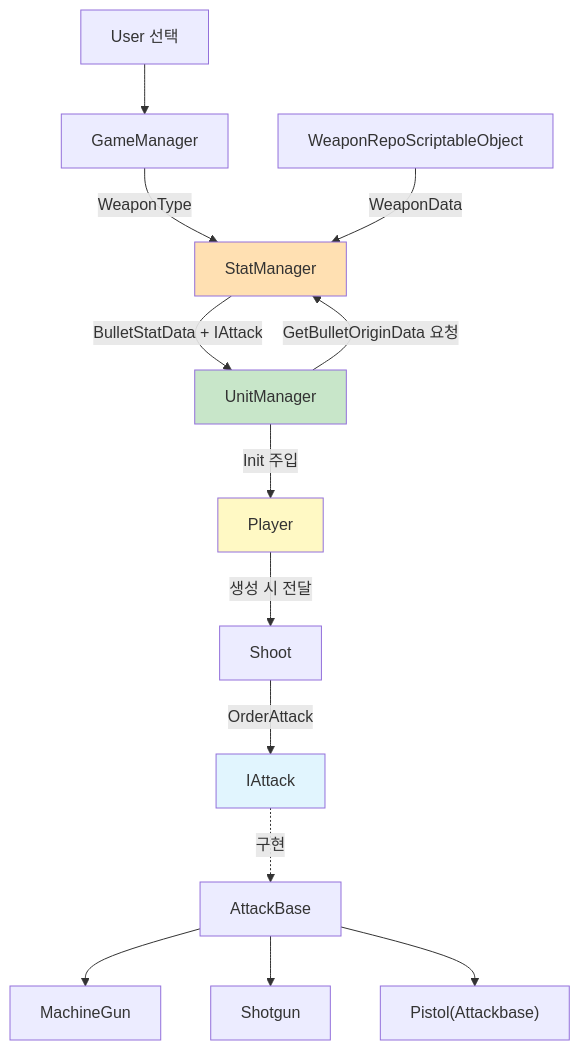
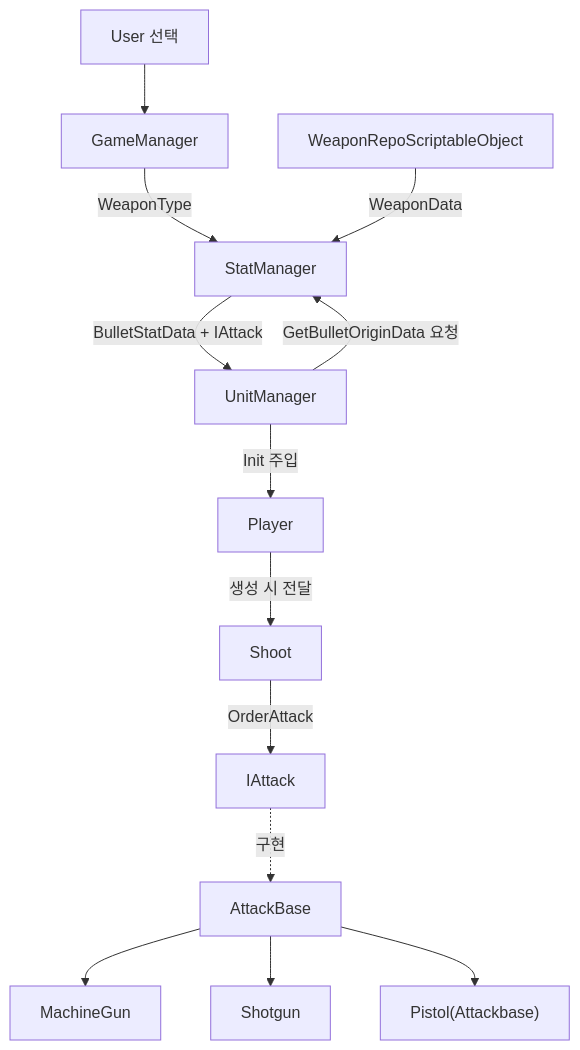
The third of 6 diagrams in README.md (Merkatte/2D_Topdown_Shoot_UnityProject), drawn with Mermaid before and after one commit. The commit also changed other lines of this file, not shown here.

````diff
--- a/README.md
+++ b/README.md
@@ -234,25 +230,21 @@
 ```mermaid
 flowchart TD
     User[User 선택] --> GM[GameManager]
     GM --> |WeaponType|SM[StatManager]
     
     WR[WeaponRepoScriptableObject] --> |WeaponData|SM
     
     UM[UnitManager] --> |GetBulletOriginData 요청|SM
     SM --> |BulletStatData + IAttack|UM
     
     UM --> |Init 주입|Player
     Player --> |생성 시 전달|Shoot
     
     Shoot --> |OrderAttack|IAttack
     
     IAttack -.구현.-> AB[AttackBase]
     AB --> MG[MachineGun]
     AB --> SG[Shotgun]
     AB --> PS["Pistol(Attackbase)"]
-    
-    style SM fill:#ffe0b2
-    style UM fill:#c8e6c9
-    style Player fill:#fff9c4
-    style IAttack fill:#e1f5fe
+
 ```
````
